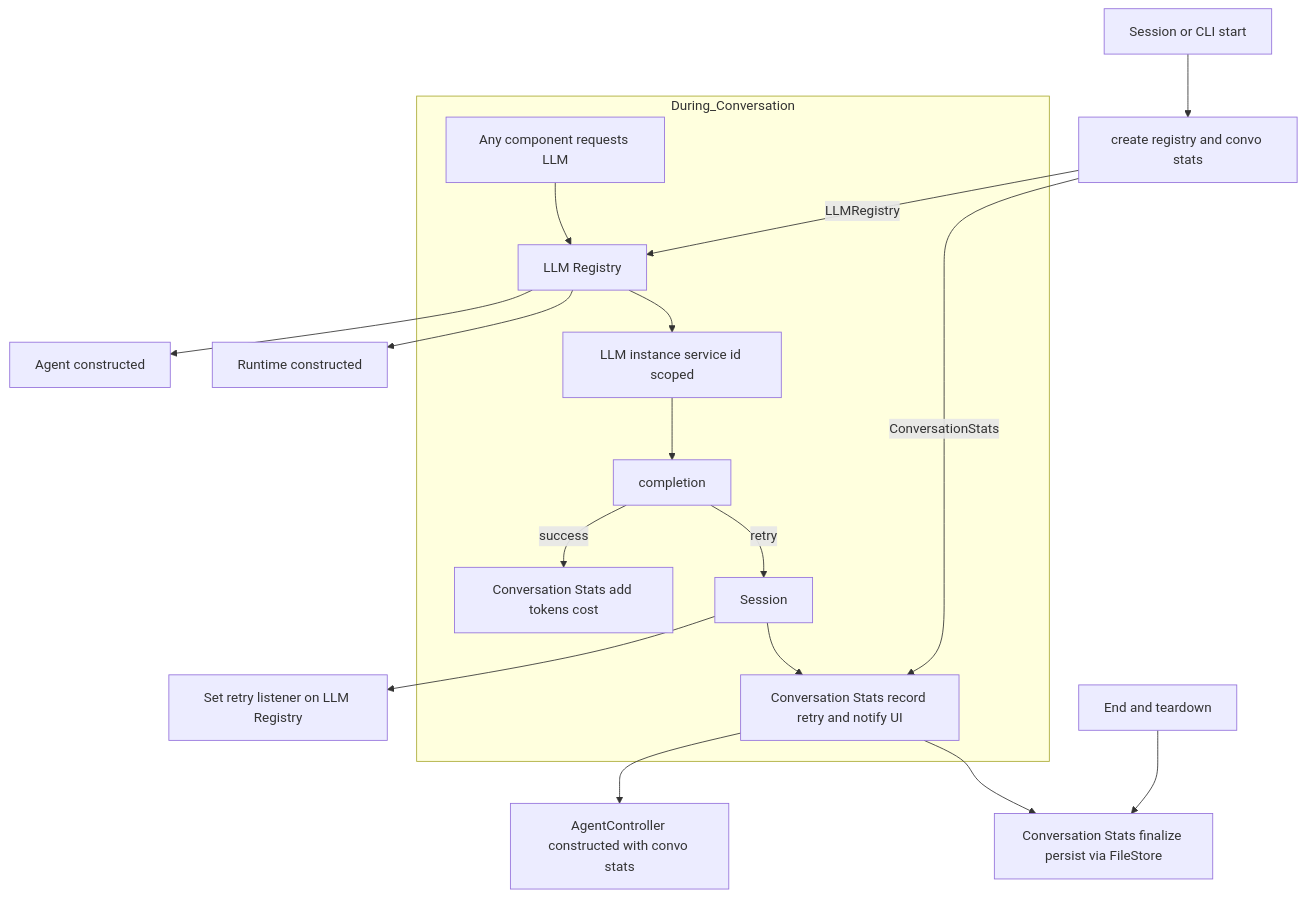
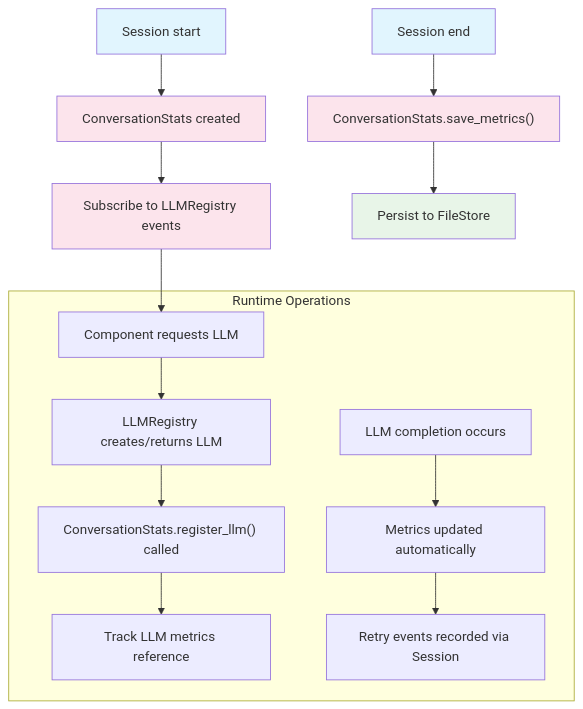
Before and after one commit to All-Hands-AI/OpenHands: the sixth of 6 diagrams in docs/usage/architecture/backend.mdx, drawn with Mermaid. The commit also changed other lines of this file, not shown here.

First line of the commit message:
Improve LLM architecture diagrams for clarity and readability

````diff
--- a/docs/usage/architecture/backend.mdx
+++ b/docs/usage/architecture/backend.mdx
@@ -203,22 +242,26 @@
 ```mermaid
 flowchart TD
-  A[Session or CLI start] --> B[create registry and convo stats]
-  B -->|LLMRegistry| C[LLM Registry]
-  B -->|ConversationStats| D[Conversation Stats]
-  C --> E[Agent constructed]
-  C --> G[Runtime constructed]
-  D --> H[AgentController constructed with convo stats]
-  I[Session] --> J[Set retry listener on LLM Registry]
-
-  subgraph During_Conversation
-    K[Any component requests LLM] --> C
-    C --> L[LLM instance service id scoped]
-    L --> M[completion]
-    M -->|success| N[Conversation Stats add tokens cost]
-    M -->|retry| I
-    I --> D[Conversation Stats record retry and notify UI]
+  A["Session start"] --> B["ConversationStats created"]
+  B --> C["Subscribe to LLMRegistry events"]
+  
+  subgraph "Runtime Operations"
+    D["Component requests LLM"] --> E["LLMRegistry creates/returns LLM"]
+    E --> F["ConversationStats.register_llm() called"]
+    F --> G["Track LLM metrics reference"]
+    
+    H["LLM completion occurs"] --> I["Metrics updated automatically"]
+    I --> J["Retry events recorded via Session"]
   end
-
-  O[End and teardown] --> P[Conversation Stats finalize persist via FileStore]
-  D --> P
+  
+  C --> D
+  
+  K["Session end"] --> L["ConversationStats.save_metrics()"]
+  L --> M["Persist to FileStore"]
+  
+  style A fill:#e1f5fe
+  style B fill:#fce4ec
+  style C fill:#fce4ec
+  style K fill:#e1f5fe
+  style L fill:#fce4ec
+  style M fill:#e8f5e8
 ```
````
